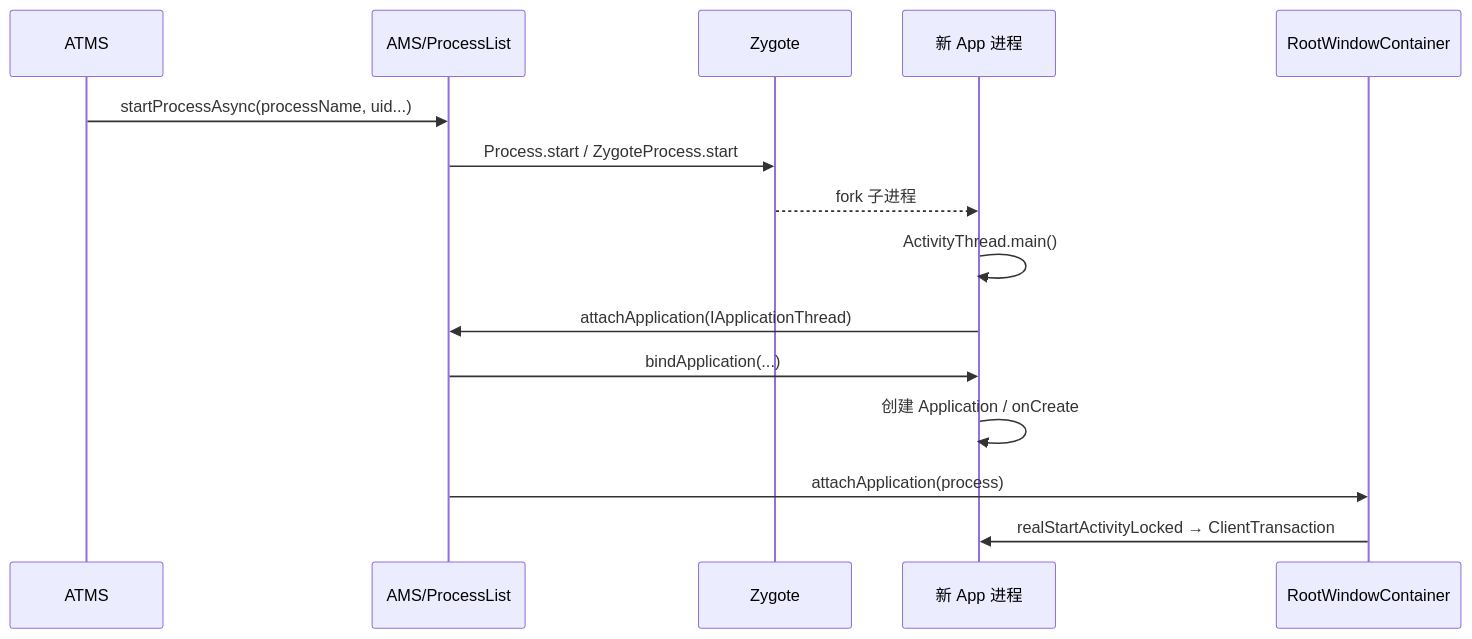
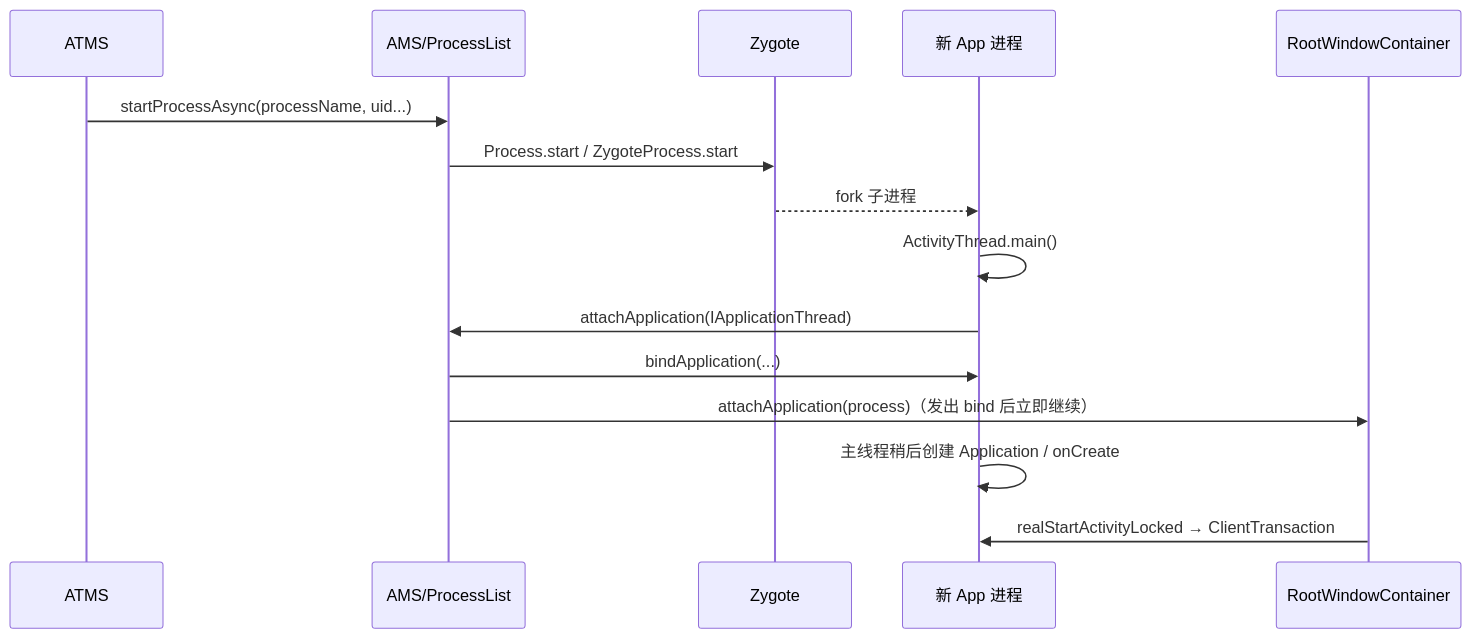
One commit to junyingzhao001/StudyNotes changed the third of 8 diagrams in Android源码学习/10-Activity启动流程之目标进程与生命周期.md. Above: the diagram before and after it, drawn with Mermaid. The commit also changed other lines of this file and 617 other files, not shown here.

````diff
--- a/Android源码学习/10-Activity启动流程之目标进程与生命周期.md
+++ b/Android源码学习/10-Activity启动流程之目标进程与生命周期.md
@@ -193,18 +195,18 @@
 ```mermaid
 sequenceDiagram
     participant ATMS as ATMS
     participant AMS as AMS/ProcessList
     participant Z as Zygote
     participant App as 新 App 进程
     participant RWC as RootWindowContainer
 
     ATMS->>AMS: startProcessAsync(processName, uid...)
     AMS->>Z: Process.start / ZygoteProcess.start
     Z-->>App: fork 子进程
     App->>App: ActivityThread.main()
     App->>AMS: attachApplication(IApplicationThread)
     AMS->>App: bindApplication(...)
-    App->>App: 创建 Application / onCreate
-    AMS->>RWC: attachApplication(process)
+    AMS->>RWC: attachApplication(process)（发出 bind 后立即继续）
+    App->>App: 主线程稍后创建 Application / onCreate
     RWC->>App: realStartActivityLocked → ClientTransaction
 ```
````
